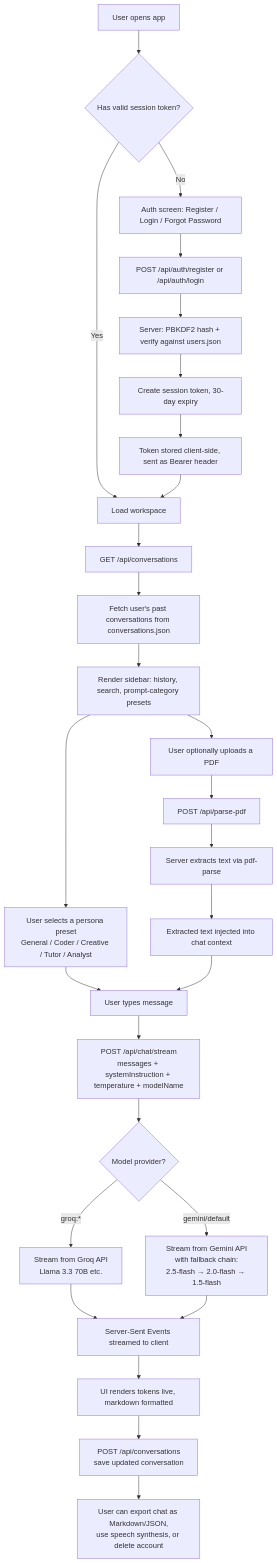
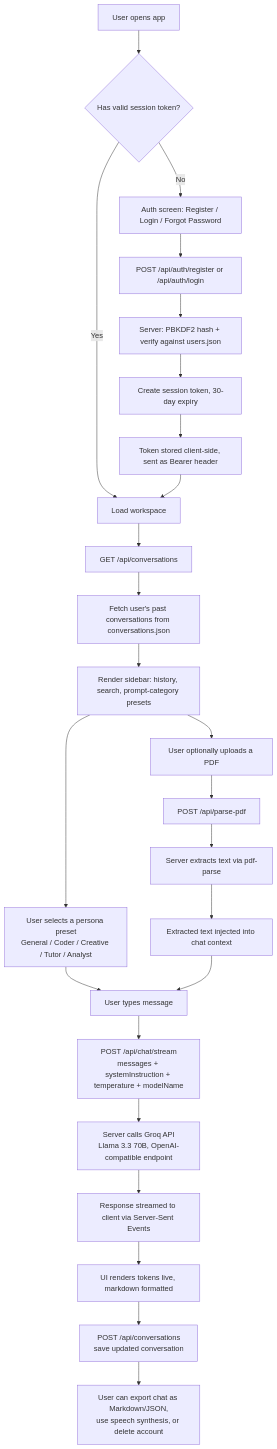
Before and after one commit to Laks04/Aether-AI-ChatBot-: the first of 2 diagrams in README.md, drawn with Mermaid. The commit also changed other lines of this file, not shown here.

````diff
--- a/README.md
+++ b/README.md
@@ -44,37 +44,33 @@
 ```mermaid
 flowchart TD
     A[User opens app] --> B{Has valid session token?}
     B -- No --> C[Auth screen: Register / Login / Forgot Password]
     C --> D[POST /api/auth/register or /api/auth/login]
     D --> E[Server: PBKDF2 hash + verify against users.json]
     E --> F[Create session token, 30-day expiry]
     F --> G[Token stored client-side, sent as Bearer header]
 
     B -- Yes --> H[Load workspace]
     G --> H
 
     H --> I[GET /api/conversations]
     I --> J[Fetch user's past conversations from conversations.json]
     J --> K[Render sidebar: history, search, prompt-category presets]
 
     K --> L[User selects a persona preset<br/>General / Coder / Creative / Tutor / Analyst]
     K --> M[User optionally uploads a PDF]
     M --> N[POST /api/parse-pdf]
     N --> O[Server extracts text via pdf-parse]
     O --> P[Extracted text injected into chat context]
 
     L --> Q[User types message]
     P --> Q
     Q --> R[POST /api/chat/stream<br/>messages + systemInstruction + temperature + modelName]
 
-    R --> S{Model provider?}
-    S -- groq:* --> T[Stream from Groq API<br/>Llama 3.3 70B etc.]
-    S -- gemini/default --> U[Stream from Gemini API<br/>with fallback chain:<br/>2.5-flash → 2.0-flash → 1.5-flash]
-
-    T --> V[Server-Sent Events streamed to client]
-    U --> V
+    R --> T[Server calls Groq API<br/>Llama 3.3 70B, OpenAI-compatible endpoint]
+    T --> V[Response streamed to client via Server-Sent Events]
     V --> W[UI renders tokens live, markdown formatted]
     W --> X[POST /api/conversations<br/>save updated conversation]
 
     X --> Y[User can export chat as Markdown/JSON,<br/>use speech synthesis, or delete account]
 ```
````
